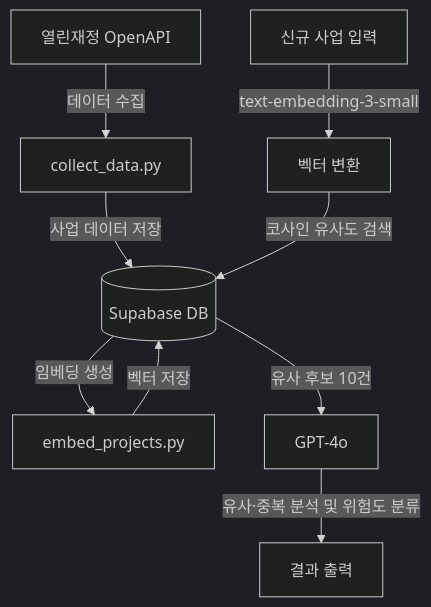
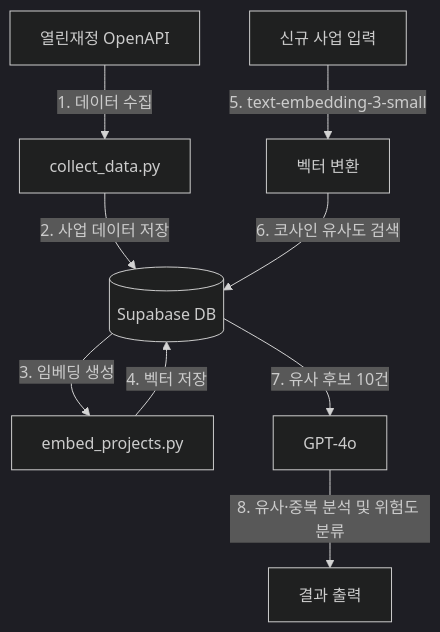
One commit to yunseoy/FiscalAI-Project changed the diagram in README.md. Above: the diagram before and after it, drawn with Mermaid (dark theme).

Commit message:
docs: README 수정

````diff
--- a/README.md
+++ b/README.md
@@ -21,12 +21,12 @@
 ```mermaid
 flowchart TD
-    A[열린재정 OpenAPI] -->|데이터 수집| B[collect_data.py]
-    B -->|사업 데이터 저장| C[(Supabase DB)]
-    C -->|임베딩 생성| D[embed_projects.py]
-    D -->|벡터 저장| C
+    A[열린재정 OpenAPI] -->|1. 데이터 수집| B[collect_data.py]
+    B -->|2. 사업 데이터 저장| C[(Supabase DB)]
+    C -->|3. 임베딩 생성| D[embed_projects.py]
+    D -->|4. 벡터 저장| C
 
-    E[신규 사업 입력] -->|text-embedding-3-small| F[벡터 변환]
-    F -->|코사인 유사도 검색| C
-    C -->|유사 후보 10건| G[GPT-4o]
-    G -->|유사·중복 분석 및 위험도 분류| H[결과 출력]
+    E[신규 사업 입력] -->|5. text-embedding-3-small| F[벡터 변환]
+    F -->|6. 코사인 유사도 검색| C
+    C -->|7. 유사 후보 10건| G[GPT-4o]
+    G -->|8. 유사·중복 분석 및 위험도 분류| H[결과 출력]
 ```
````
